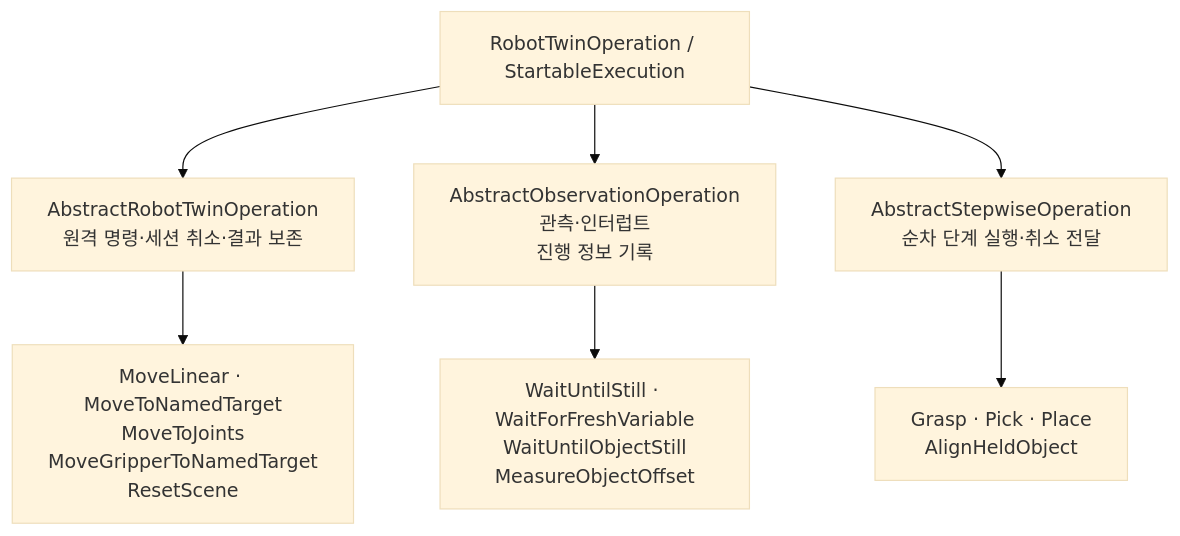
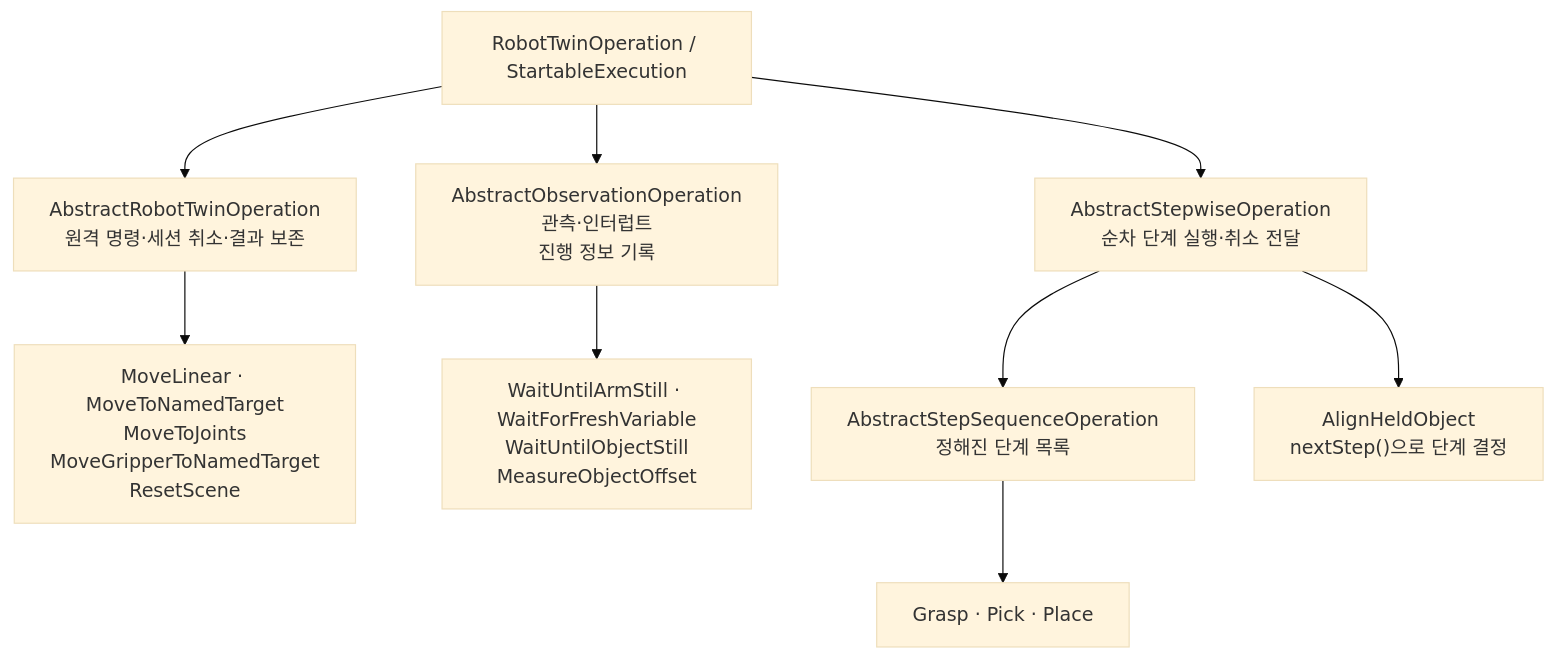
Before and after one commit to kwlee0220/mdt-robot-client: the fourth of 4 diagrams in README.md, drawn with Mermaid (base theme). The commit also changed other lines of this file and 79 other files, not shown here.

````diff
--- a/README.md
+++ b/README.md
@@ -1649,10 +1791,12 @@
 ```mermaid
 flowchart TB
     API["RobotTwinOperation / StartableExecution"]
     API --> Remote["AbstractRobotTwinOperation<br/>원격 명령·세션 취소·결과 보존"]
     API --> Observe["AbstractObservationOperation<br/>관측·인터럽트<br/>진행 정보 기록"]
     API --> Sequence["AbstractStepwiseOperation<br/>순차 단계 실행·취소 전달"]
+    Sequence --> Fixed["AbstractStepSequenceOperation<br/>정해진 단계 목록"]
     Remote --> Commands["MoveLinear · MoveToNamedTarget<br/>MoveToJoints<br/>MoveGripperToNamedTarget<br/>ResetScene"]
-    Observe --> Observations["WaitUntilStill · WaitForFreshVariable<br/>WaitUntilObjectStill<br/>MeasureObjectOffset"]
-    Sequence --> Composites["Grasp · Pick · Place<br/>AlignHeldObject"]
+    Observe --> Observations["WaitUntilArmStill · WaitForFreshVariable<br/>WaitUntilObjectStill<br/>MeasureObjectOffset"]
+    Fixed --> Composites["Grasp · Pick · Place"]
+    Sequence --> Align["AlignHeldObject<br/>nextStep()으로 단계 결정"]
 ```
````
